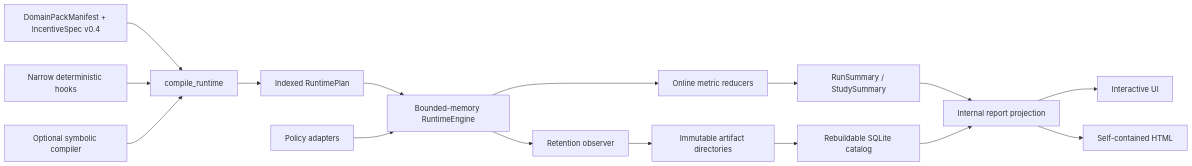
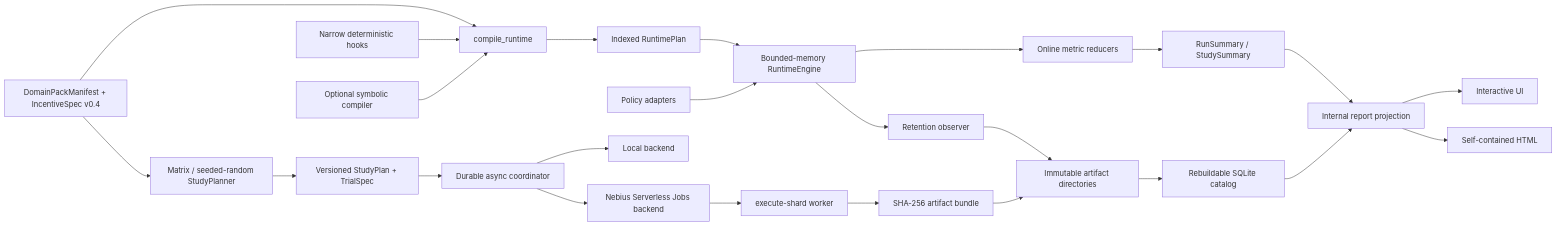
The diagram in docs/architecture.md (zakhar-kogan/sloppy-incentive-simulator), drawn with Mermaid before and after one commit. The commit also changed other lines of this file and 14 other files, not shown here.

````diff
--- a/docs/architecture.md
+++ b/docs/architecture.md
@@ -5,18 +5,26 @@
 ```mermaid
 flowchart LR
   P["DomainPackManifest + IncentiveSpec v0.4"] --> C["compile_runtime"]
   H["Narrow deterministic hooks"] --> C
   S["Optional symbolic compiler"] --> C
   C --> R["Indexed RuntimePlan"]
   R --> E["Bounded-memory RuntimeEngine"]
   A["Policy adapters"] --> E
   E --> M["Online metric reducers"]
   E --> O["Retention observer"]
   M --> U["RunSummary / StudySummary"]
   O --> F["Immutable artifact directories"]
   F --> D["Rebuildable SQLite catalog"]
   U --> V["Internal report projection"]
+  P --> SP["Matrix / seeded-random StudyPlanner"]
+  SP --> PLAN["Versioned StudyPlan + TrialSpec"]
+  PLAN --> COORD["Durable async coordinator"]
+  COORD --> LOCAL["Local backend"]
+  COORD --> NEBIUS["Nebius Serverless Jobs backend"]
+  NEBIUS --> WORKER["execute-shard worker"]
+  WORKER --> BUNDLE["SHA-256 artifact bundle"]
+  BUNDLE --> F
   D --> V
   V --> UI["Interactive UI"]
   V --> HTML["Self-contained HTML"]
 ```
````
